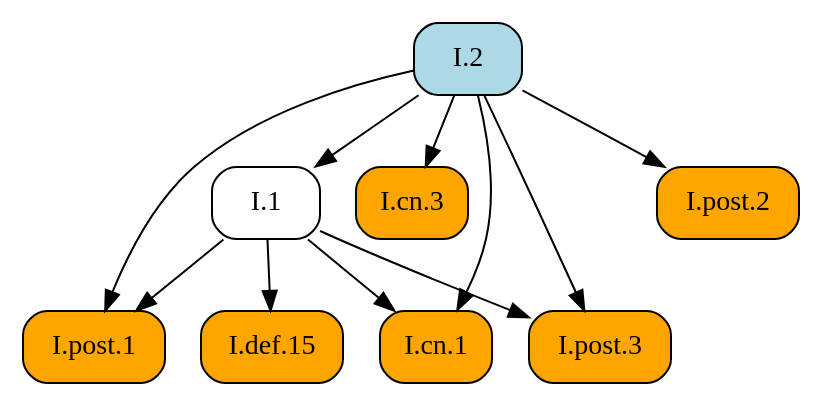
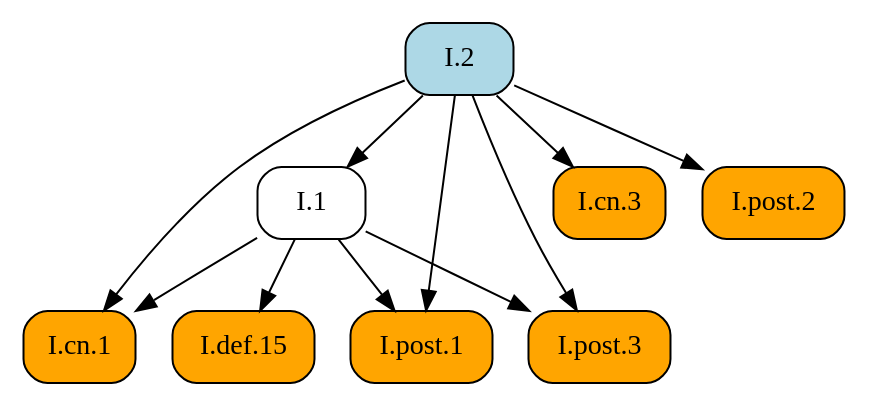
One commit to geometor/elements changed the diagram in docsrc/elements2/I/2/index.rst. Above: the diagram before and after it, drawn with Graphviz. The commit also changed other lines of this file and 409 other files, not shown here.

First line of the commit message:
feat: Add image cropping and graphic extraction script

```diff
--- a/docsrc/elements2/I/2/index.rst
+++ b/docsrc/elements2/I/2/index.rst
@@ -90,24 +90,24 @@
 .. graphviz::
 
    digraph {
      rankdir="TB";
      node [shape=box, style=rounded];
+     "I.2" [style="rounded,filled", fillcolor=lightblue, URL="/elements2/I/2/", target="_top"];
+     "I.def.15" [style="rounded,filled", fillcolor=orange, URL="/elements2/I/def.15/", target="_top"];
+     "I.1" [URL="/elements2/I/1/", target="_top"];
+     "I.cn.3" [style="rounded,filled", fillcolor=orange, URL="/elements2/I/cn.3/", target="_top"];
+     "I.cn.1" [style="rounded,filled", fillcolor=orange, URL="/elements2/I/cn.1/", target="_top"];
+     "I.post.2" [style="rounded,filled", fillcolor=orange, URL="/elements2/I/post.2/", target="_top"];
      "I.post.1" [style="rounded,filled", fillcolor=orange, URL="/elements2/I/post.1/", target="_top"];
-     "I.2" [style="rounded,filled", fillcolor=lightblue, URL="/elements2/I/2/", target="_top"];
-     "I.cn.3" [style="rounded,filled", fillcolor=orange, URL="/elements2/I/cn.3/", target="_top"];
-     "I.1" [URL="/elements2/I/1/", target="_top"];
-     "I.post.2" [style="rounded,filled", fillcolor=orange, URL="/elements2/I/post.2/", target="_top"];
-     "I.def.15" [style="rounded,filled", fillcolor=orange, URL="/elements2/I/def.15/", target="_top"];
-     "I.cn.1" [style="rounded,filled", fillcolor=orange, URL="/elements2/I/cn.1/", target="_top"];
      "I.post.3" [style="rounded,filled", fillcolor=orange, URL="/elements2/I/post.3/", target="_top"];
+     "I.1" -> "I.def.15";
+     "I.2" -> "I.1";
+     "I.2" -> "I.cn.3";
+     "I.1" -> "I.cn.1";
+     "I.2" -> "I.cn.1";
+     "I.2" -> "I.post.2";
      "I.1" -> "I.post.1";
      "I.2" -> "I.post.1";
-     "I.2" -> "I.cn.3";
-     "I.2" -> "I.1";
-     "I.2" -> "I.post.2";
-     "I.1" -> "I.def.15";
-     "I.1" -> "I.cn.1";
-     "I.2" -> "I.cn.1";
      "I.1" -> "I.post.3";
      "I.2" -> "I.post.3";
    }
```
